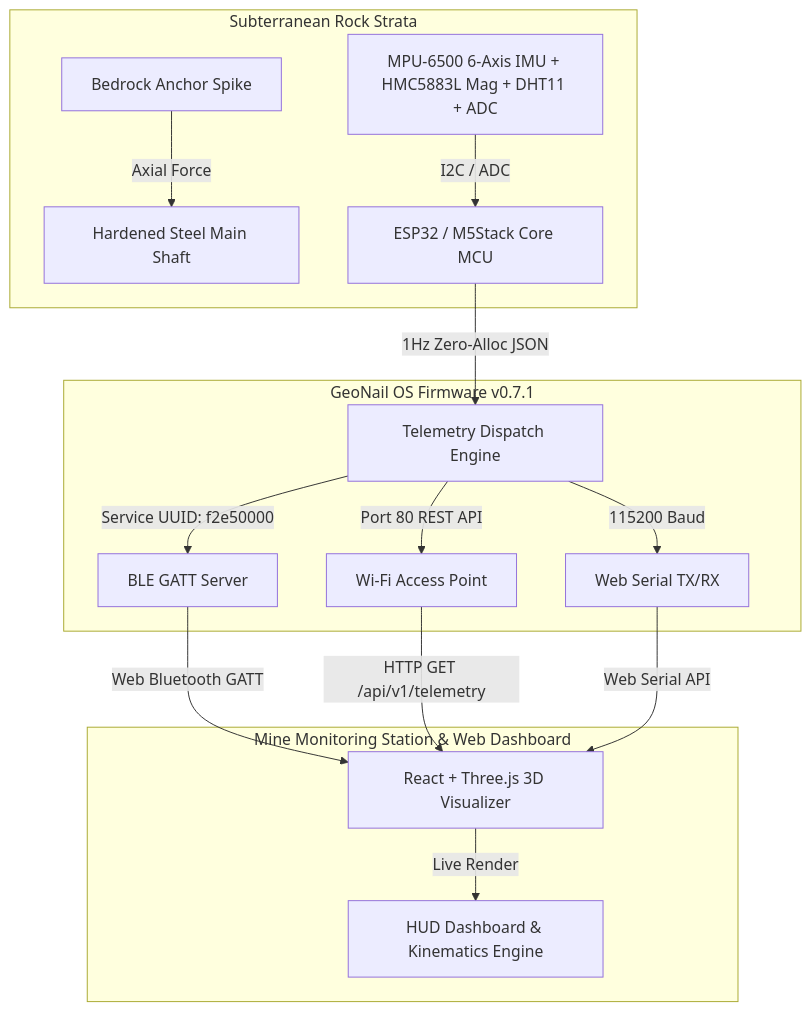
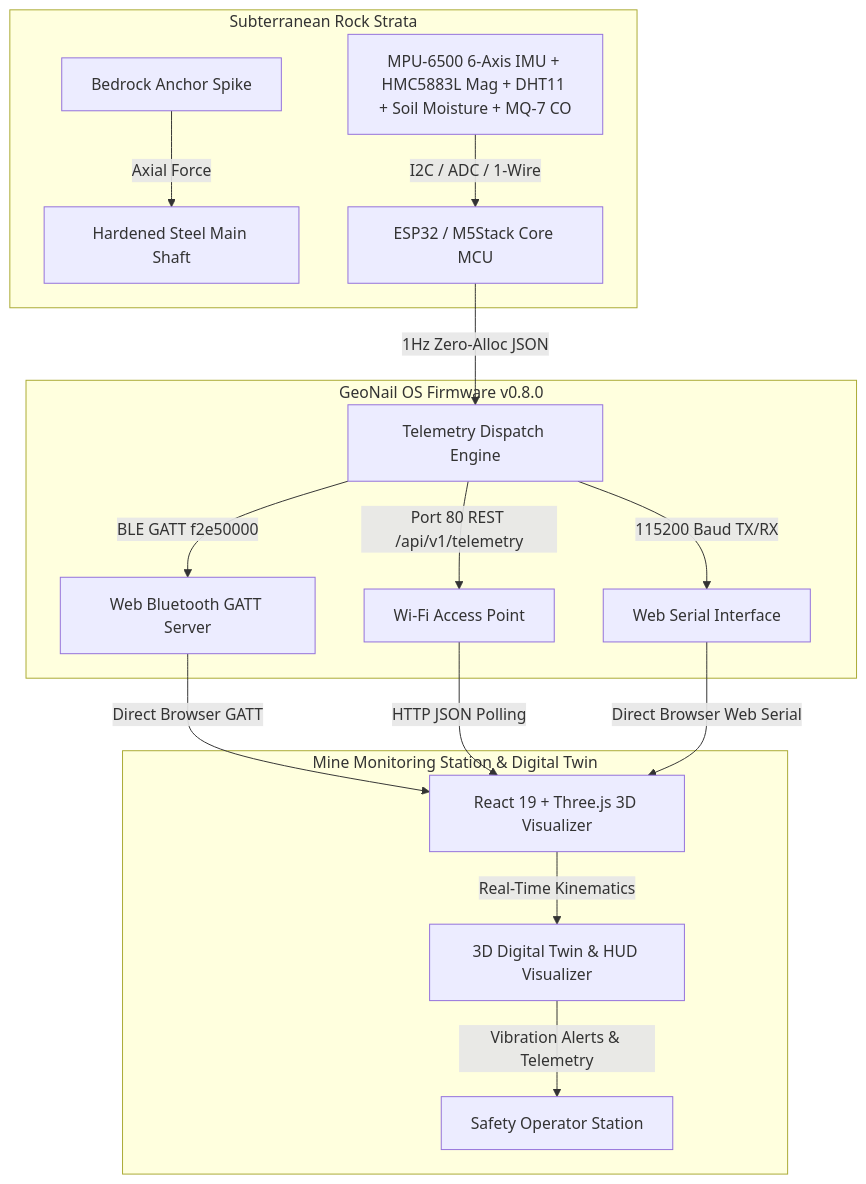
The second of 2 diagrams in README.md (Yogarathinam/GeoNail_SIH26025), drawn with Mermaid before and after one commit. The commit also changed other lines of this file and 4 other files, not shown here.

````diff
--- a/README.md
+++ b/README.md
@@ -53,21 +121,22 @@
 ```mermaid
 graph TD
     subgraph Subterranean Rock Strata
-        A[Bedrock Anchor Spike] -->|Axial Force| B[Hardened Steel Main Shaft]
-        Sensors[MPU-6500 6-Axis IMU + HMC5883L Mag + DHT11 + ADC] -->|I2C / ADC| MCU[ESP32 / M5Stack Core MCU]
+        Spike[Bedrock Anchor Spike] -->|Axial Force| Shaft[Hardened Steel Main Shaft]
+        Sensors[MPU-6500 6-Axis IMU + HMC5883L Mag + DHT11 + Soil Moisture + MQ-7 CO] -->|I2C / ADC / 1-Wire| MCU[ESP32 / M5Stack Core MCU]
     end
 
-    subgraph GeoNail OS Firmware v0.7.1
+    subgraph GeoNail OS Firmware v0.8.0
         MCU -->|1Hz Zero-Alloc JSON| Core[Telemetry Dispatch Engine]
-        Core -->|Service UUID: f2e50000| BLE[BLE GATT Server]
-        Core -->|Port 80 REST API| WiFi[Wi-Fi Access Point]
-        Core -->|115200 Baud| Serial[Web Serial TX/RX]
+        Core -->|BLE GATT f2e50000| BLE[Web Bluetooth GATT Server]
+        Core -->|Port 80 REST /api/v1/telemetry| WiFi[Wi-Fi Access Point]
+        Core -->|115200 Baud TX/RX| Serial[Web Serial Interface]
     end
 
-    subgraph Mine Monitoring Station & Web Dashboard
-        BLE -->|Web Bluetooth GATT| WebApp[React + Three.js 3D Visualizer]
-        WiFi -->|HTTP GET /api/v1/telemetry| WebApp
-        Serial -->|Web Serial API| WebApp
-        WebApp -->|Live Render| HUD[HUD Dashboard & Kinematics Engine]
+    subgraph Mine Monitoring Station & Digital Twin
+        BLE -->|Direct Browser GATT| WebApp[React 19 + Three.js 3D Visualizer]
+        WiFi -->|HTTP JSON Polling| WebApp
+        Serial -->|Direct Browser Web Serial| WebApp
+        WebApp -->|Real-Time Kinematics| Twin[3D Digital Twin & HUD Visualizer]
+        Twin -->|Vibration Alerts & Telemetry| HUD[Safety Operator Station]
     end
 ```
````
